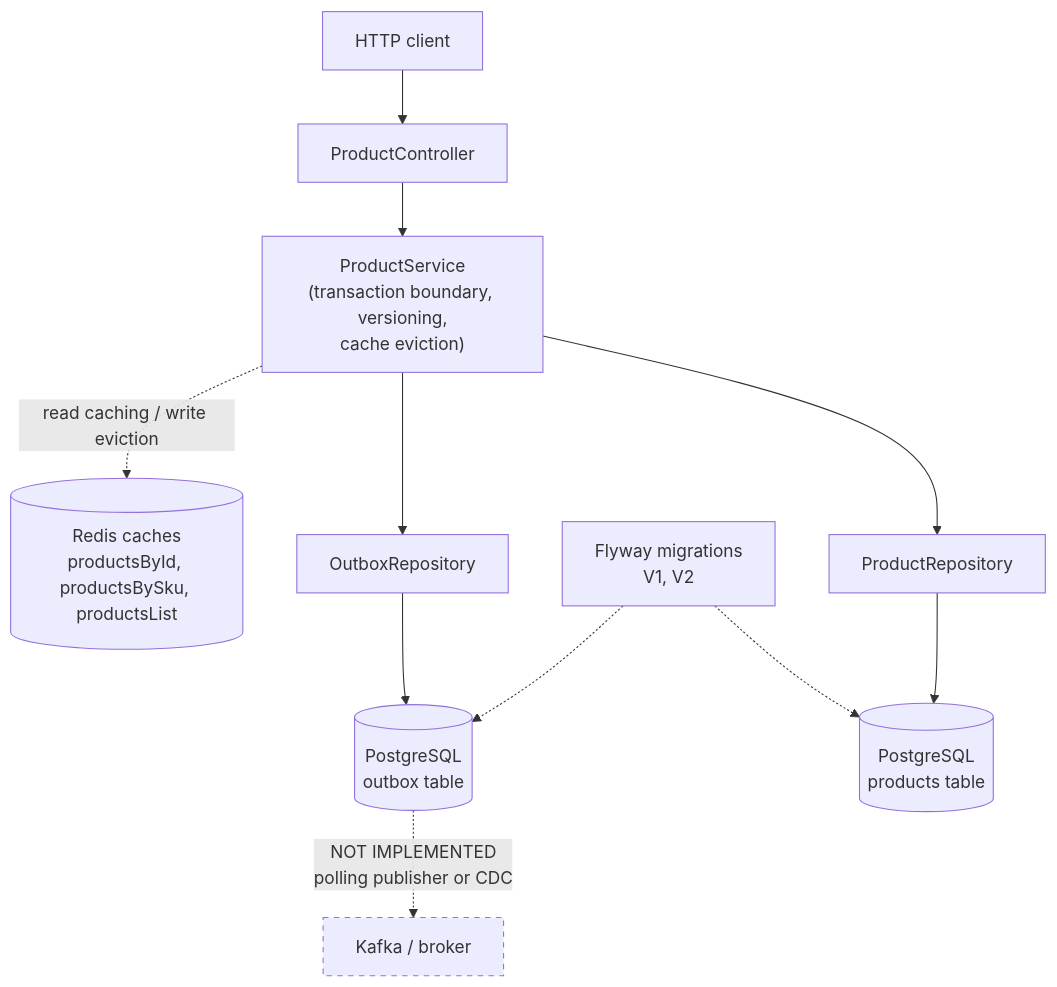
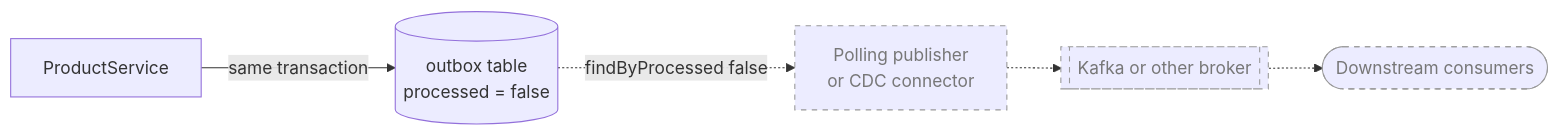
One commit to Jahrough/product-catalog changed the eighth of 10 diagrams in README.md. Above: the diagram before and after it, drawn with Mermaid. The commit also changed other lines of this file, not shown here.

Commit message:
docs(README): update architecture diagrams to improve clarity and structure

````diff
--- a/README.md
+++ b/README.md
@@ -9,16 +286,10 @@
 ```mermaid
-flowchart TD
-    Client["HTTP client"] --> Controller["ProductController"]
-    Controller --> Service["ProductService<br/>(transaction boundary, versioning,<br/>cache eviction)"]
-    Service --> ProductRepo["ProductRepository"]
-    Service --> OutboxRepo["OutboxRepository"]
-    ProductRepo --> PG[("PostgreSQL<br/>products table")]
-    OutboxRepo --> OutboxTbl[("PostgreSQL<br/>outbox table")]
-    Flyway["Flyway migrations<br/>V1, V2"] -.-> PG
-    Flyway -.-> OutboxTbl
-    Service -.->|"read caching / write eviction"| Redis[("Redis caches<br/>productsById, productsBySku, productsList")]
-    OutboxTbl -.->|"NOT IMPLEMENTED<br/>polling publisher or CDC"| Broker["Kafka / broker"]
+flowchart LR
+    svc[ProductService] -->|same transaction| ob[(outbox table<br/>processed = false)]
+    ob -. findByProcessed false .-> pub[Polling publisher<br/>or CDC connector]
+    pub -.-> broker[[Kafka or other broker]]
+    broker -.-> consumers([Downstream consumers])
 
-    classDef missing stroke-dasharray: 5 5
-    class Broker missing
+    classDef missing stroke-dasharray: 5 5,stroke:#999,color:#777
+    class pub,broker,consumers missing
 ```
````
